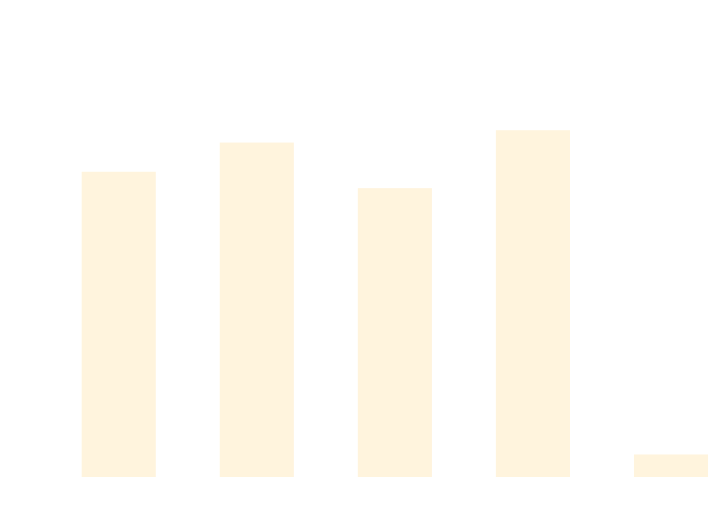
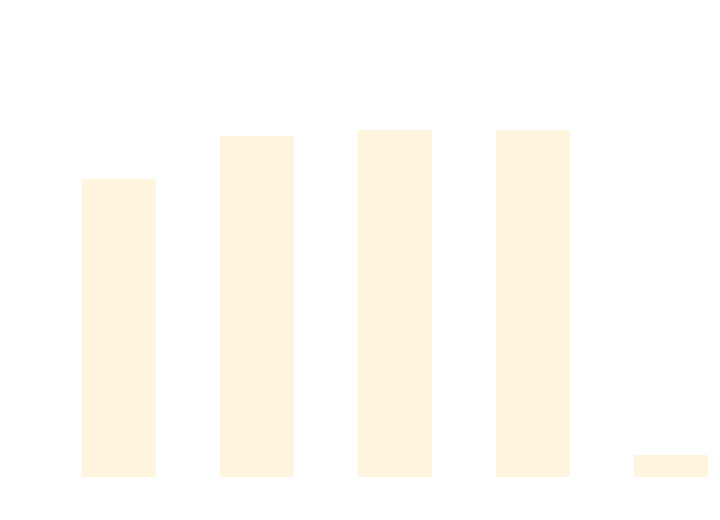
One commit to thomhurst/TUnit changed the diagram in docs/docs/benchmarks/DataDrivenTests.md. Above: the diagram before and after it, drawn with Mermaid. The commit also changed other lines of this file and 17 other files, not shown here.

````diff
--- a/docs/docs/benchmarks/DataDrivenTests.md
+++ b/docs/docs/benchmarks/DataDrivenTests.md
@@ -27,37 +27,37 @@
 ```mermaid
 %%{init: {
   'theme':'base',
   'themeVariables': {
     'primaryColor': '#2563eb',
     'primaryTextColor': '#ffffff',
     'primaryBorderColor': '#1e40af',
     'lineColor': '#6b7280',
     'secondaryColor': '#7c3aed',
     'tertiaryColor': '#dc2626',
     'background': '#ffffff',
     'mainBkg': '#2563eb',
     'secondBkg': '#7c3aed',
     'tertiaryBkg': '#dc2626',
     'clusterBkg': '#f3f4f6',
     'edgeLabelBackground': '#ffffff',
     'tertiaryTextColor': '#1f2937',
     'pie1': '#2563eb',
     'pie2': '#7c3aed',
     'pie3': '#dc2626',
     'pie4': '#f59e0b',
     'pie5': '#10b981',
     'pie6': '#06b6d4',
     'pie7': '#ec4899',
     'pie8': '#6366f1',
     'pie9': '#84cc16',
     'pie10': '#f97316',
     'pie11': '#14b8a6',
     'pie12': '#a855f7'
   }
 }}%%
 xychart-beta
   title "DataDrivenTests Performance Comparison"
   x-axis ["TUnit", "NUnit", "MSTest", "xUnit3", "TUnit_AOT"]
-  y-axis "Time (ms)" 0 --> 693
-  bar [506.12, 555.81, 478.2, 576.86, 24.72]
+  y-axis "Time (ms)" 0 --> 723
+  bar [514.8, 591, 602.44, 601.55, 24.83]
 ```
````
